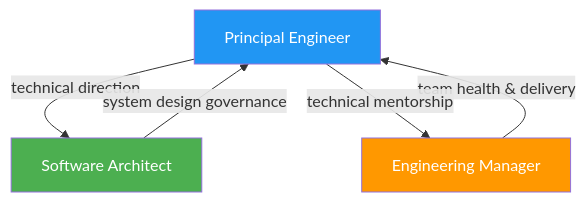
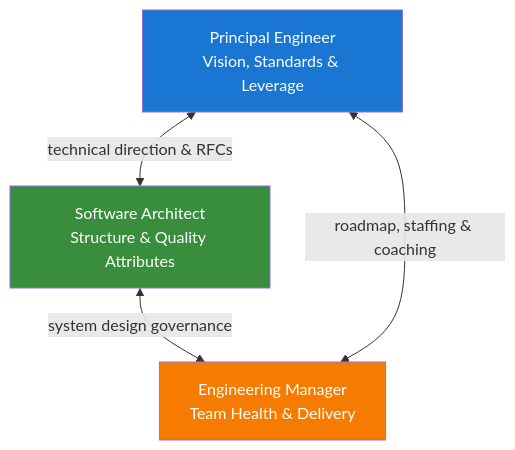
Before and after one commit to nitinkc/PrincipalEngineer_InterviewGuide: the second of 2 diagrams in docs/index.md, drawn with Mermaid. The commit also changed other lines of this file and 27 other files, not shown here.

````diff
--- a/docs/index.md
+++ b/docs/index.md
@@ -57,15 +173,14 @@
 ```mermaid
 graph TD
-    PE[Principal Engineer]
-    SA[Software Architect]
-    EM[Engineering Manager]
+    PE["Principal Engineer<br/>Vision, Standards & Leverage"]
+    SA["Software Architect<br/>Structure & Quality Attributes"]
+    EM["Engineering Manager<br/>Team Health & Delivery"]
 
-    PE -->|technical direction| SA
-    SA -->|system design governance| PE
-    EM -->|team health & delivery| PE
-    PE -->|technical mentorship| EM
+    PE <-->|"technical direction & RFCs"| SA
+    SA <-->|"system design governance"| EM
+    EM <-->|"roadmap, staffing & coaching"| PE
 
-    style PE fill:#2196F3,color:#fff
-    style SA fill:#4CAF50,color:#fff
-    style EM fill:#FF9800,color:#fff
+    style PE fill:#1976D2,color:#fff
+    style SA fill:#388E3C,color:#fff
+    style EM fill:#F57C00,color:#fff
 ```
````
